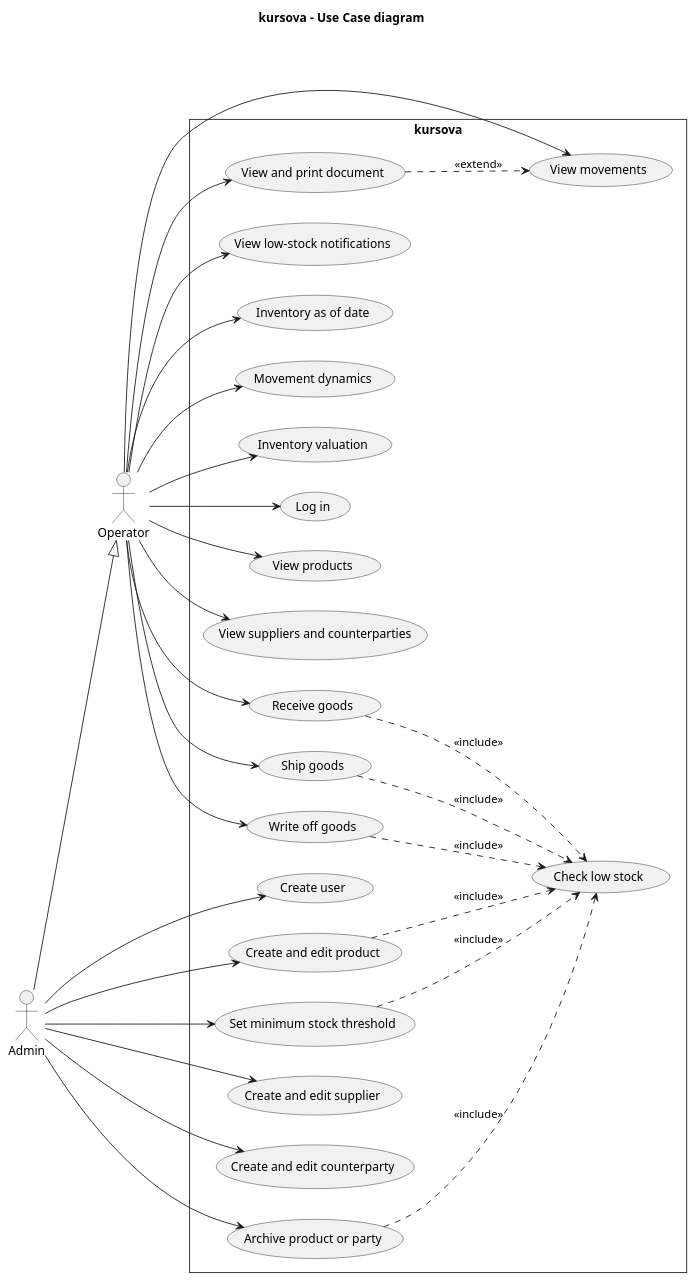
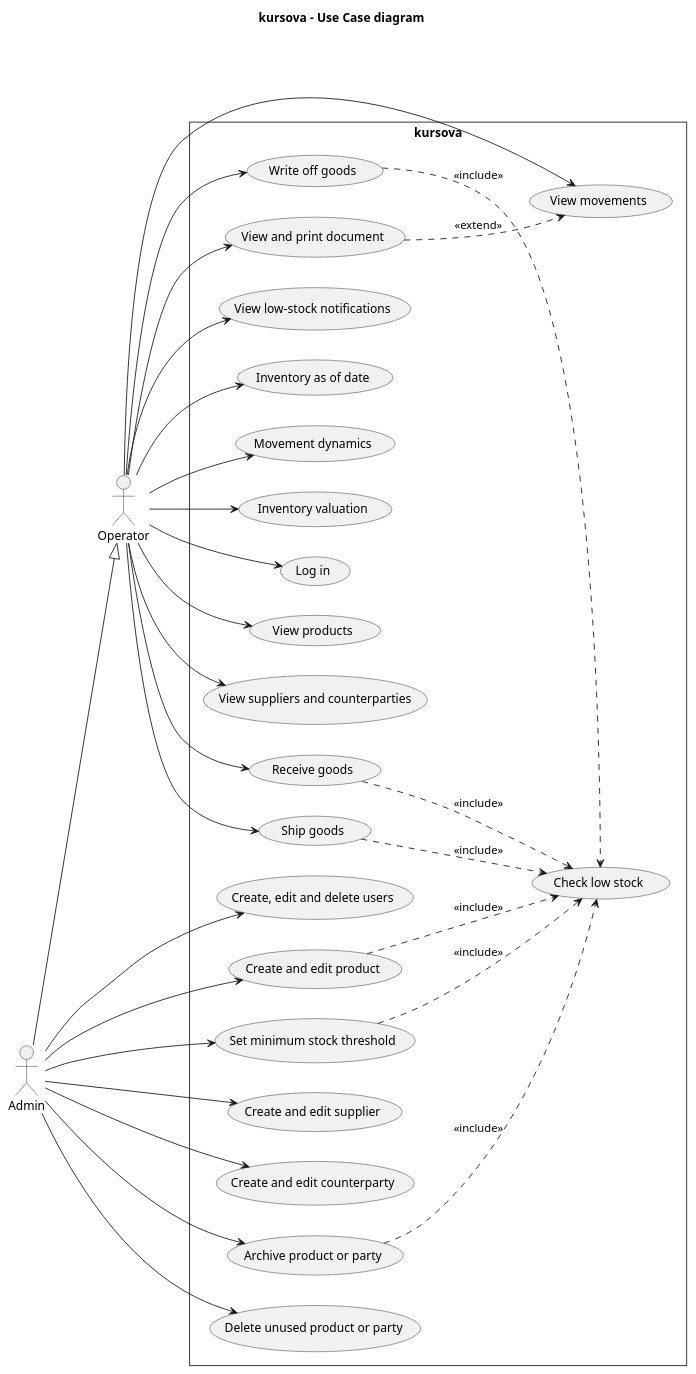
Before and after one commit to iboiko-ir/kursova-var2: the diagram in docs/diagrams/use-case.puml, drawn with PlantUML. The commit also changed 4 other files, not shown here.

```diff
--- a/docs/diagrams/use-case.puml
+++ b/docs/diagrams/use-case.puml
@@ -1,69 +1,71 @@
 @startuml use-case
 title kursova - Use Case diagram
 left to right direction
 skinparam shadowing false
 skinparam monochrome true
 skinparam packageStyle rectangle
 skinparam roundCorner 0
 
 actor Operator
 actor Admin
 
 Admin --|> Operator
 
 rectangle "kursova" {
   usecase "Log in" as UC_Login
 
   usecase "View products" as UC_ViewProducts
   usecase "View suppliers and counterparties" as UC_ViewParties
 
   usecase "Receive goods" as UC_Receive
   usecase "Ship goods" as UC_Ship
   usecase "Write off goods" as UC_WriteOff
   usecase "View movements" as UC_ViewMovements
   usecase "View and print document" as UC_Print
 
   usecase "View low-stock notifications" as UC_Notifications
 
   usecase "Inventory as of date" as UC_ReportAsOf
   usecase "Movement dynamics" as UC_ReportDynamics
   usecase "Inventory valuation" as UC_ReportValuation
 
-  usecase "Create user" as UC_CreateUser
+  usecase "Create, edit and delete users" as UC_CreateUser
   usecase "Create and edit product" as UC_ManageProduct
   usecase "Set minimum stock threshold" as UC_Threshold
   usecase "Create and edit supplier" as UC_ManageSupplier
   usecase "Create and edit counterparty" as UC_ManageCounterparty
   usecase "Archive product or party" as UC_Archive
+  usecase "Delete unused product or party" as UC_Delete
 
   usecase "Check low stock" as UC_CheckLowStock
 }
 
 Operator --> UC_Login
 Operator --> UC_ViewProducts
 Operator --> UC_ViewParties
 Operator --> UC_Receive
 Operator --> UC_Ship
 Operator --> UC_WriteOff
 Operator --> UC_ViewMovements
 Operator --> UC_Print
 Operator --> UC_Notifications
 Operator --> UC_ReportAsOf
 Operator --> UC_ReportDynamics
 Operator --> UC_ReportValuation
 
 Admin --> UC_CreateUser
 Admin --> UC_ManageProduct
 Admin --> UC_Threshold
 Admin --> UC_ManageSupplier
 Admin --> UC_ManageCounterparty
 Admin --> UC_Archive
+Admin --> UC_Delete
 
 UC_Receive ..> UC_CheckLowStock : <<include>>
 UC_Ship ..> UC_CheckLowStock : <<include>>
 UC_WriteOff ..> UC_CheckLowStock : <<include>>
 UC_Threshold ..> UC_CheckLowStock : <<include>>
 UC_ManageProduct ..> UC_CheckLowStock : <<include>>
 UC_Archive ..> UC_CheckLowStock : <<include>>
 UC_Print ..> UC_ViewMovements : <<extend>>
 @enduml
```
